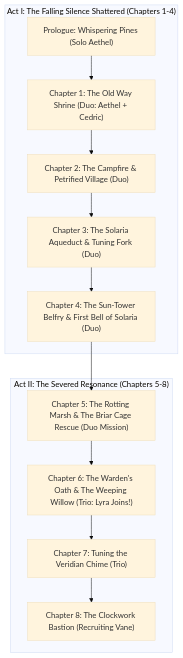
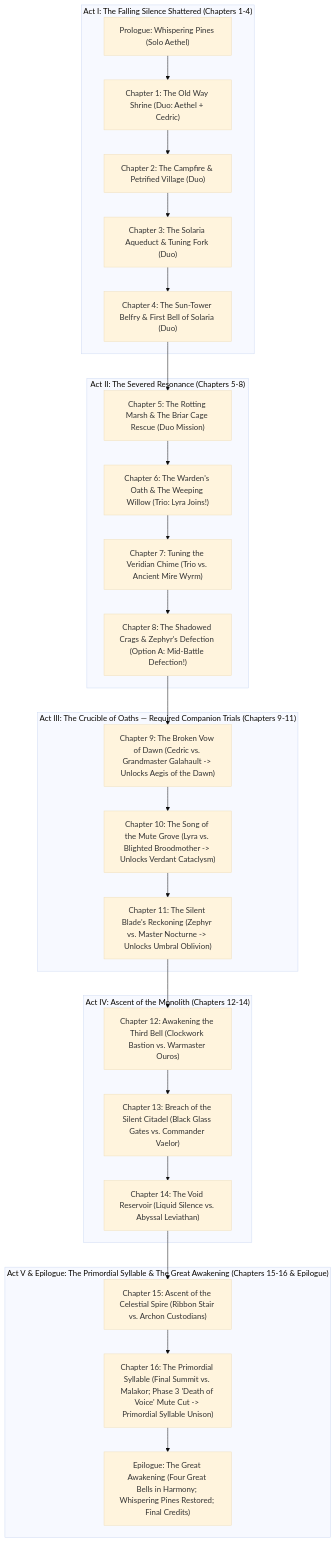
Before and after one commit to Todd0042/voice-rpg-android: the diagram in DESIGN.md, drawn with Mermaid (base theme). The commit also changed other lines of this file and 11 other files, not shown here.

First line of the commit message:
feat(story): complete entire campaign from Act II through Act V and Epilogue

````diff
--- a/DESIGN.md
+++ b/DESIGN.md
@@ -90,16 +90,34 @@
 ```mermaid
 flowchart TD
     subgraph Act1 ["Act I: The Falling Silence Shattered (Chapters 1-4)"]
         Prologue["Prologue: Whispering Pines (Solo Aethel)"] --> Ch1["Chapter 1: The Old Way Shrine (Duo: Aethel + Cedric)"]
         Ch1 --> Ch2["Chapter 2: The Campfire & Petrified Village (Duo)"]
         Ch2 --> Ch3["Chapter 3: The Solaria Aqueduct & Tuning Fork (Duo)"]
         Ch3 --> Ch4["Chapter 4: The Sun-Tower Belfry & First Bell of Solaria (Duo)"]
     end
 
     subgraph Act2 ["Act II: The Severed Resonance (Chapters 5-8)"]
         Ch4 --> Ch5["Chapter 5: The Rotting Marsh & The Briar Cage Rescue (Duo Mission)"]
         Ch5 --> Ch6["Chapter 6: The Warden's Oath & The Weeping Willow (Trio: Lyra Joins!)"]
-        Ch6 --> Ch7["Chapter 7: Tuning the Veridian Chime (Trio)"]
-        Ch7 --> Ch8["Chapter 8: The Clockwork Bastion (Recruiting Vane)"]
+        Ch6 --> Ch7["Chapter 7: Tuning the Veridian Chime (Trio vs. Ancient Mire Wyrm)"]
+        Ch7 --> Ch8["Chapter 8: The Shadowed Crags & Zephyr's Defection (Option A: Mid-Battle Defection!)"]
+    end
+
+    subgraph Act3 ["Act III: The Crucible of Oaths — Required Companion Trials (Chapters 9-11)"]
+        Ch8 --> Ch9["Chapter 9: The Broken Vow of Dawn (Cedric vs. Grandmaster Galahault -> Unlocks Aegis of the Dawn)"]
+        Ch9 --> Ch10["Chapter 10: The Song of the Mute Grove (Lyra vs. Blighted Broodmother -> Unlocks Verdant Cataclysm)"]
+        Ch10 --> Ch11["Chapter 11: The Silent Blade's Reckoning (Zephyr vs. Master Nocturne -> Unlocks Umbral Oblivion)"]
+    end
+
+    subgraph Act4 ["Act IV: Ascent of the Monolith (Chapters 12-14)"]
+        Ch11 --> Ch12["Chapter 12: Awakening the Third Bell (Clockwork Bastion vs. Warmaster Ouros)"]
+        Ch12 --> Ch13["Chapter 13: Breach of the Silent Citadel (Black Glass Gates vs. Commander Vaelor)"]
+        Ch13 --> Ch14["Chapter 14: The Void Reservoir (Liquid Silence vs. Abyssal Leviathan)"]
+    end
+
+    subgraph Act5 ["Act V & Epilogue: The Primordial Syllable & The Great Awakening (Chapters 15-16 & Epilogue)"]
+        Ch14 --> Ch15["Chapter 15: Ascent of the Celestial Spire (Ribbon Stair vs. Archon Custodians)"]
+        Ch15 --> Ch16["Chapter 16: The Primordial Syllable (Final Summit vs. Malakor; Phase 3 'Death of Voice' Mute Cut -> Primordial Syllable Unison)"]
+        Ch16 --> Epilogue["Epilogue: The Great Awakening (Four Great Bells in Harmony; Whispering Pines Restored; Final Credits)"]
     end
 ```
````
